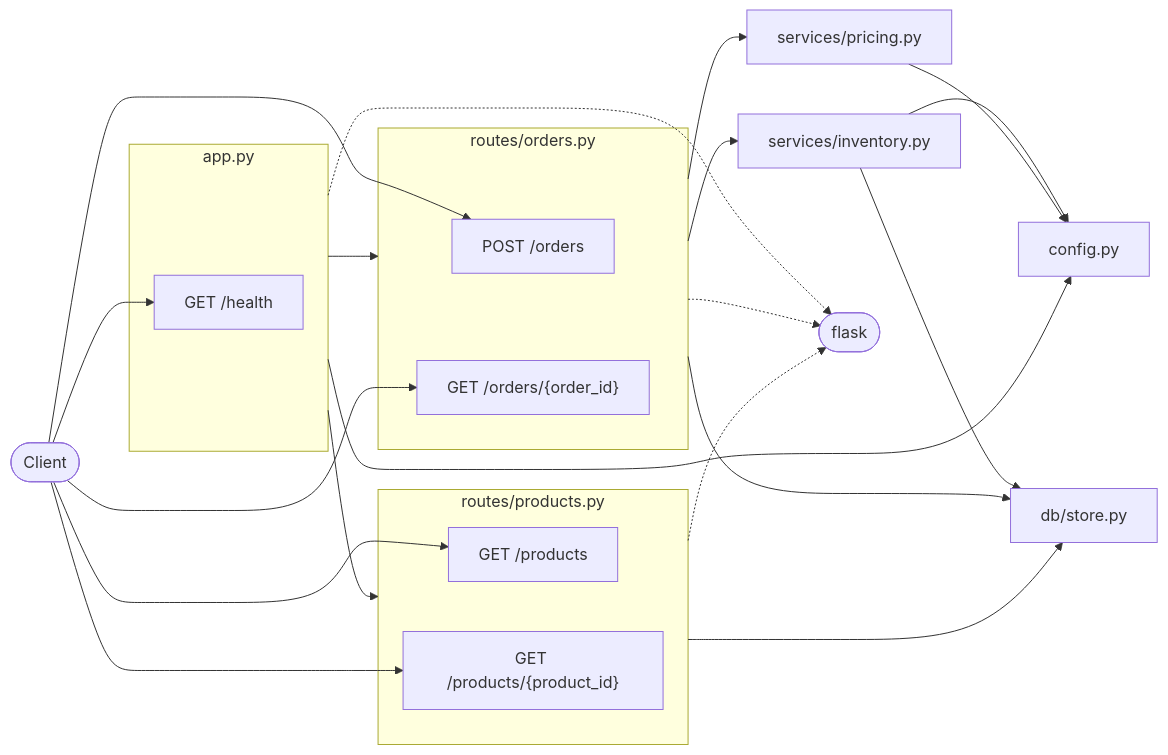
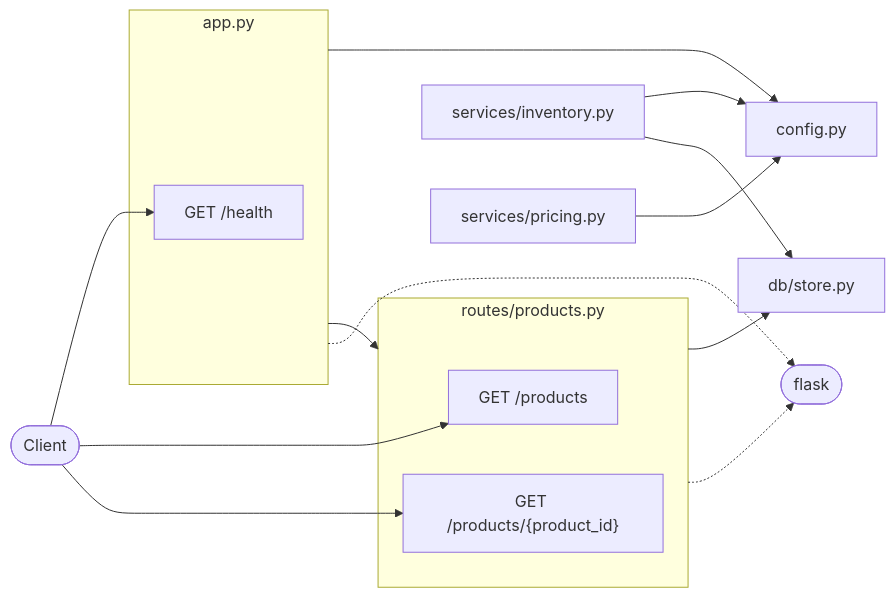
One commit to lambdaquill/shop-api changed the first of 3 diagrams in docs/DOCUMENTATION.md. Above: the diagram before and after it, drawn with Mermaid. The commit also changed other lines of this file, not shown here.

````diff
--- a/docs/DOCUMENTATION.md
+++ b/docs/DOCUMENTATION.md
@@ -25,38 +25,27 @@
 ```mermaid
 flowchart LR
   client([Client])
   subgraph m_app["app.py"]
     m_app_e0["GET /health"]
   end
   m_config["config.py"]
   m_db_store["db/store.py"]
-  subgraph m_routes_orders["routes/orders.py"]
-    m_routes_orders_e0["POST /orders"]
-    m_routes_orders_e1["GET /orders/{order_id}"]
-  end
   subgraph m_routes_products["routes/products.py"]
     m_routes_products_e0["GET /products"]
     m_routes_products_e1["GET /products/{product_id}"]
   end
   m_services_inventory["services/inventory.py"]
   m_services_pricing["services/pricing.py"]
   client --> m_app_e0
-  client --> m_routes_orders_e0
-  client --> m_routes_orders_e1
   client --> m_routes_products_e0
   client --> m_routes_products_e1
   m_app --> m_config
-  m_app --> m_routes_orders
   m_app --> m_routes_products
-  m_routes_orders --> m_db_store
-  m_routes_orders --> m_services_inventory
-  m_routes_orders --> m_services_pricing
   m_routes_products --> m_db_store
   m_services_inventory --> m_config
   m_services_inventory --> m_db_store
   m_services_pricing --> m_config
   ext_flask(["flask"])
   m_app -.-> ext_flask
-  m_routes_orders -.-> ext_flask
   m_routes_products -.-> ext_flask
 ```
````
